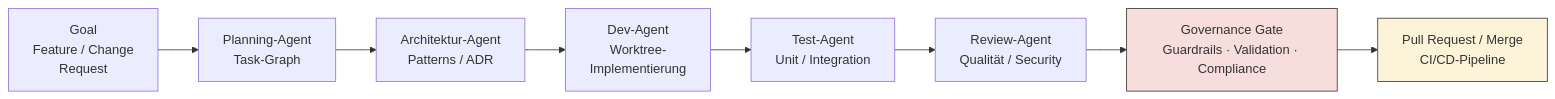
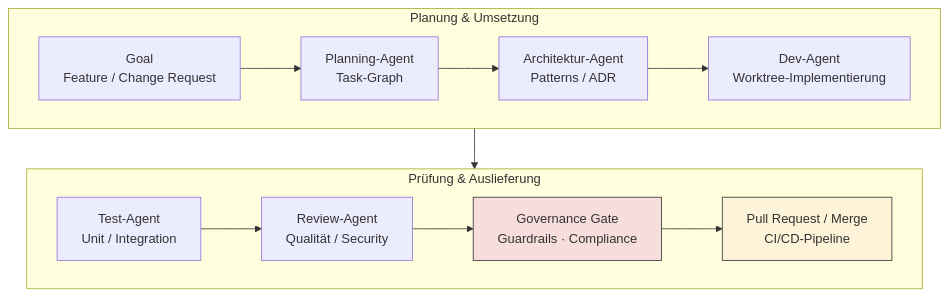
The diagram in abbildungen/abb15.mmd (mjanda0815/agentic-publikation), drawn with Mermaid before and after one commit. The commit also changed 11 other files, not shown here.

First line of the commit message:
Abbildungen lesbarer: 16.1 zweizeilig, Kap.-19-Diagramme vergroessert

```diff
--- a/abbildungen/abb15.mmd
+++ b/abbildungen/abb15.mmd
@@ -1,12 +1,18 @@
-flowchart LR
-    G["Goal<br/>Feature / Change<br/>Request"] --> P["Planning-Agent<br/>Task-Graph"]
-    P --> A["Architektur-Agent<br/>Patterns / ADR"]
-    A --> D["Dev-Agent<br/>Worktree-<br/>Implementierung"]
-    D --> T["Test-Agent<br/>Unit / Integration"]
-    T --> R["Review-Agent<br/>Qualität / Security"]
-    R --> GATE["Governance Gate<br/>Guardrails · Validation · Compliance"]
-    GATE --> PR["Pull Request / Merge<br/>CI/CD-Pipeline"]
+flowchart TB
+    subgraph R1["Planung & Umsetzung"]
+        direction LR
+        G["Goal<br/>Feature / Change Request"] --> P["Planning-Agent<br/>Task-Graph"]
+        P --> A["Architektur-Agent<br/>Patterns / ADR"]
+        A --> D["Dev-Agent<br/>Worktree-Implementierung"]
+    end
+    subgraph R2["Prüfung & Auslieferung"]
+        direction LR
+        T["Test-Agent<br/>Unit / Integration"] --> R["Review-Agent<br/>Qualität / Security"]
+        R --> GATE["Governance Gate<br/>Guardrails · Compliance"]
+        GATE --> PR["Pull Request / Merge<br/>CI/CD-Pipeline"]
+    end
+    R1 --> R2
     classDef gate fill:#f8dddd,stroke:#333333
     classDef deliv fill:#fdf3d8,stroke:#333333
     class GATE gate
     class PR deliv
```
